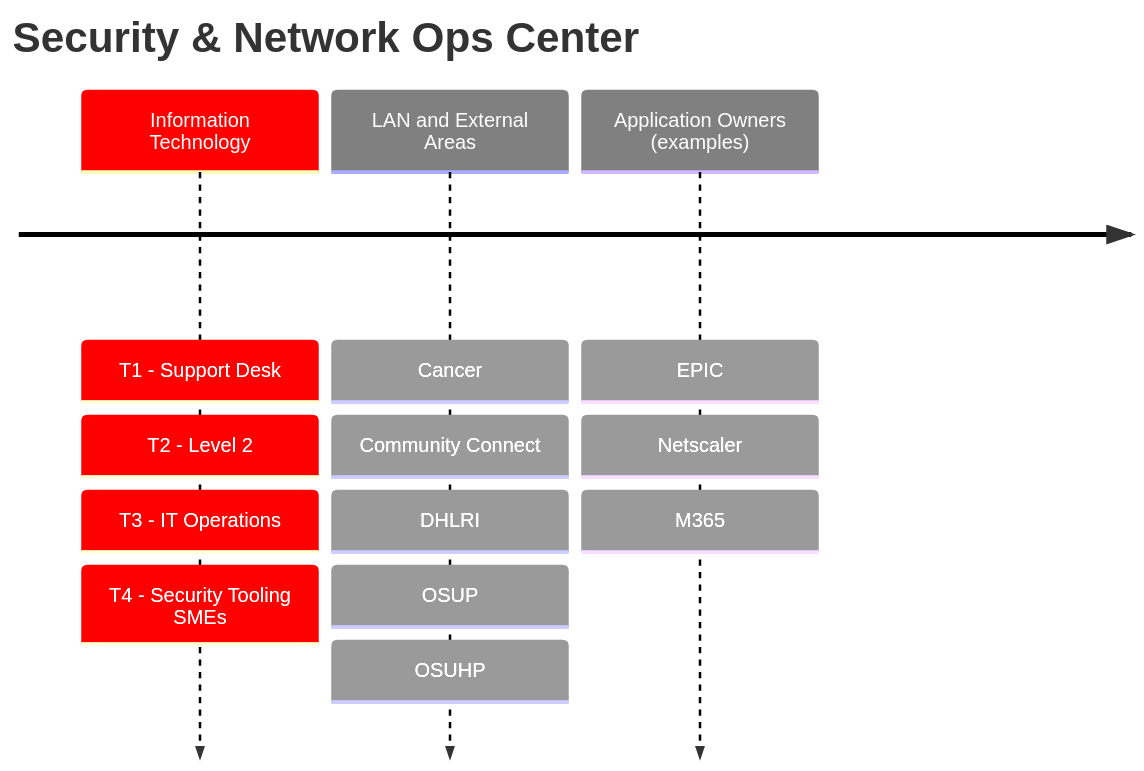
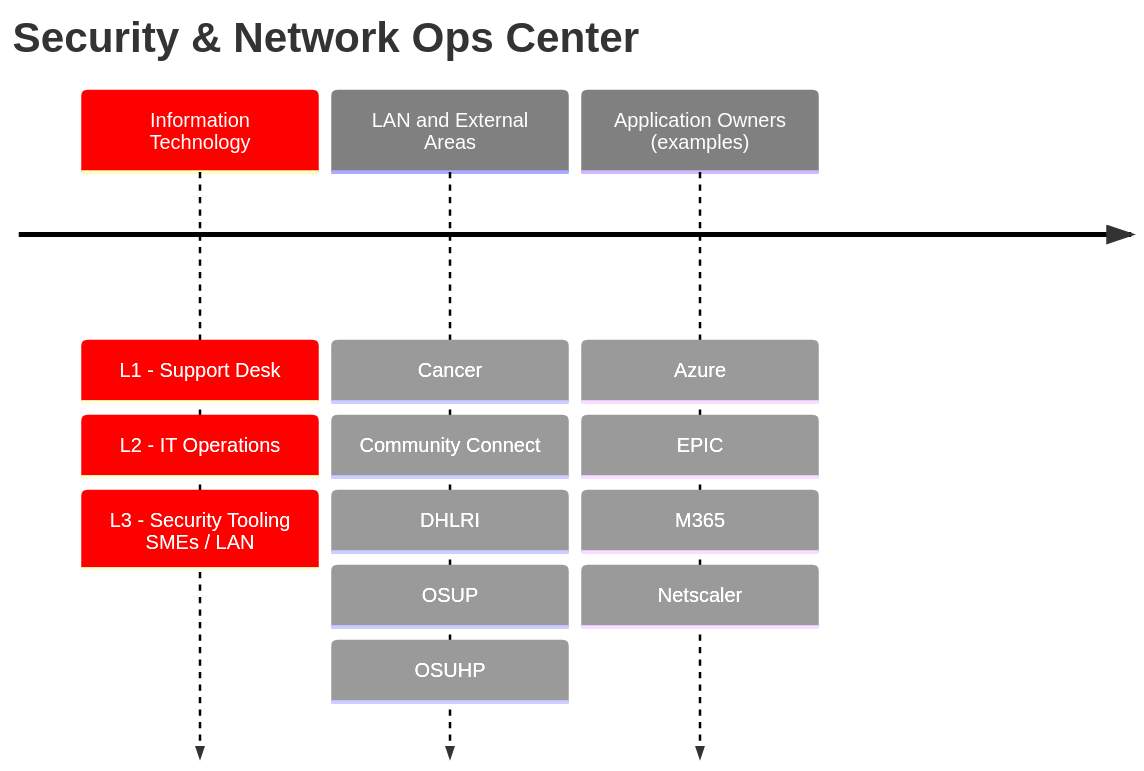
One commit to stahler/MermaidDiagrams changed the diagram in SOCBlock.md. Above: the diagram before and after it, drawn with Mermaid. The commit also changed 3 other files, not shown here.

````diff
--- a/SOCBlock.md
+++ b/SOCBlock.md
@@ -1,36 +1,36 @@
 ```mermaid
 %%{init:
     {
         'logLevel': 'debug', 
         'theme': 'default' , 
         'themeVariables': {
             'cScale0': '#ff0000', 'cScaleLabel0': '#ffffff',
             'cScale1': '#808080', 'cScaleLabel1': '#ffffff',
             'cScale2': '#808080', 'cScaleLabel2': '#ffffff'
         }
     }
 }%%
 
 timeline
     title Security & Network Ops Center
     Information Technology 
-      : T1 - Support Desk
-      : T2 - Level 2 
-      : T3 - IT Operations 
-      : T4 - Security Tooling SMEs
+      : L1 - Support Desk
+      : L2 - IT Operations 
+      : L3 - Security Tooling SMEs / LAN
     LAN and External Areas
       : Cancer
       : Community Connect 
       : DHLRI 
       : OSUP 
       : OSUHP
     Application Owners (examples) 
+      : Azure
       : EPIC
+      : M365
       : Netscaler
-      : M365
 
 
 
 
 
 ```
````
